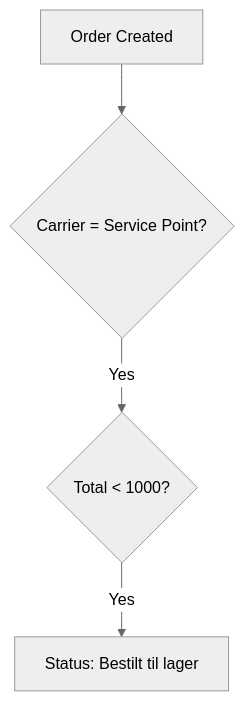
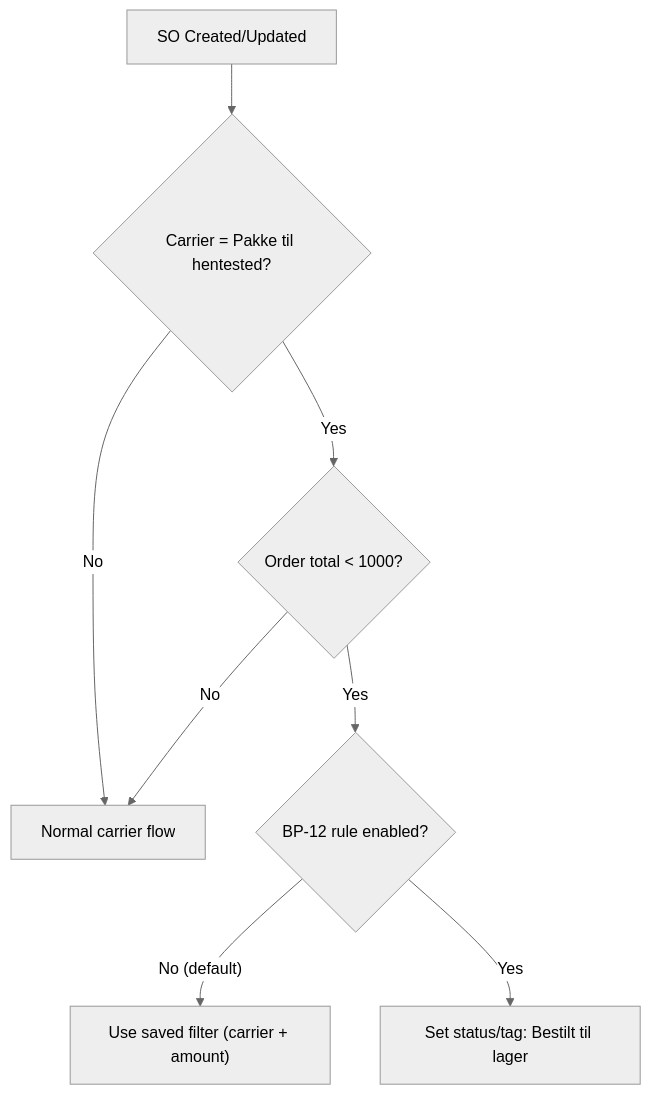
Before and after one commit to ozan-droid/documents: diagram 12 of 15 in bp-automations.md, drawn with Mermaid (neutral theme). The commit also changed other lines of this file, not shown here.

````diff
--- a/bp-automations.md
+++ b/bp-automations.md
@@ -267,6 +310,10 @@
 ```mermaid
 graph TD
-    A["Order Created"] --> B{"Carrier = Service Point?"}
-    B -- Yes --> C{"Total < 1000?"}
-    C -- Yes --> D["Status: Bestilt til lager"]
+    A["SO Created/Updated"] --> B{"Carrier = Pakke til hentested?"}
+    B -- No --> C["Normal carrier flow"]
+    B -- Yes --> D{"Order total < 1000?"}
+    D -- No --> C
+    D -- Yes --> E{"BP-12 rule enabled?"}
+    E -- No (default) --> F["Use saved filter (carrier + amount)"]
+    E -- Yes --> G["Set status/tag: Bestilt til lager"]
 ```
````
